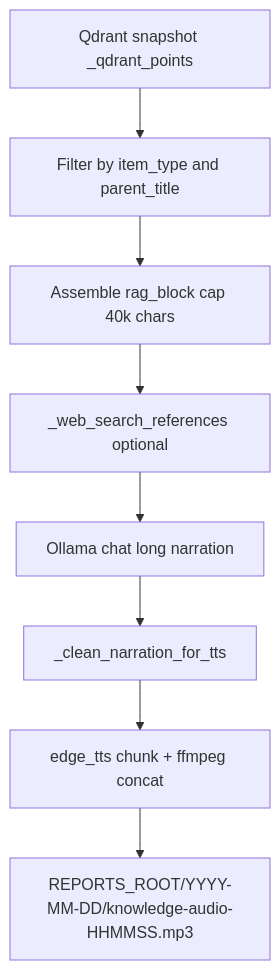
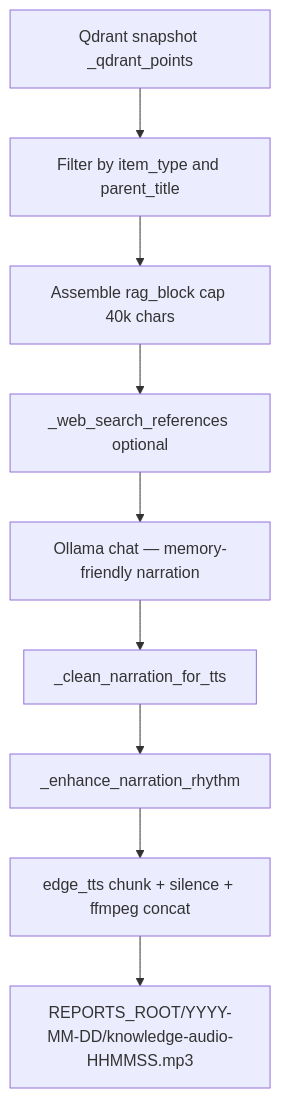
Before and after one commit to medavisyin/jarvis-yin: the diagram in docs/implementation/personal/audio-knowledge-impl.md, drawn with Mermaid. The commit also changed other lines of this file and 78 other files, not shown here.

````diff
--- a/docs/implementation/personal/audio-knowledge-impl.md
+++ b/docs/implementation/personal/audio-knowledge-impl.md
@@ -23,10 +23,11 @@
 ```mermaid
 flowchart TD
   Q[Qdrant snapshot _qdrant_points] --> Sel[Filter by item_type and parent_title]
   Sel --> RAG[Assemble rag_block cap 40k chars]
   RAG --> Web[_web_search_references optional]
-  Web --> LLM[Ollama chat long narration]
+  Web --> LLM[Ollama chat — memory-friendly narration]
   LLM --> Clean[_clean_narration_for_tts]
-  Clean --> TTS[edge_tts chunk + ffmpeg concat]
+  Clean --> Rhythm[_enhance_narration_rhythm]
+  Rhythm --> TTS[edge_tts chunk + silence + ffmpeg concat]
   TTS --> MP3[REPORTS_ROOT/YYYY-MM-DD/knowledge-audio-HHMMSS.mp3]
 ```
````
